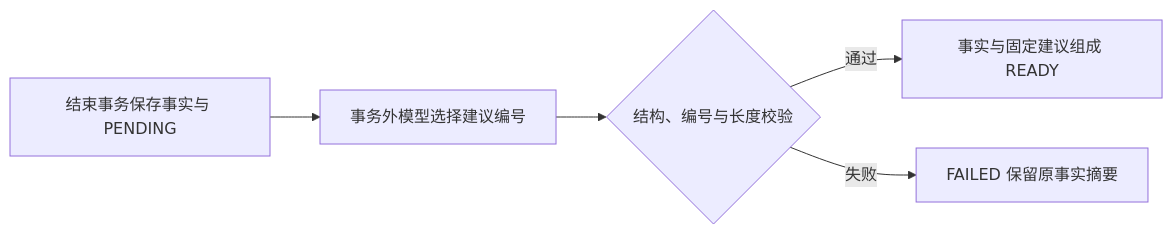
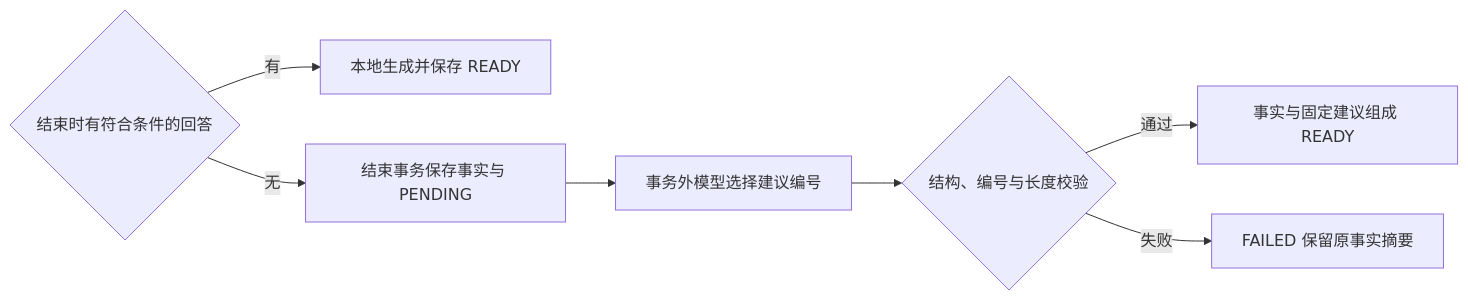
The diagram in docs/design/api-contract.md (209691048/202610-zhiya), drawn with Mermaid before and after one commit. The commit also changed other lines of this file and 34 other files, not shown here.

````diff
--- a/docs/design/api-contract.md
+++ b/docs/design/api-contract.md
@@ -97,7 +101,9 @@
 ```mermaid
 flowchart LR
-    A[结束事务保存事实与 PENDING] --> B[事务外模型选择建议编号]
-    B --> C{结构、编号与长度校验}
+    A{结束时有符合条件的回答} -->|有| F[本地生成并保存 READY]
+    A -->|无| B[结束事务保存事实与 PENDING]
+    B --> G[事务外模型选择建议编号]
+    G --> C{结构、编号与长度校验}
     C -->|通过| D[事实与固定建议组成 READY]
     C -->|失败| E[FAILED 保留原事实摘要]
 ```
````
